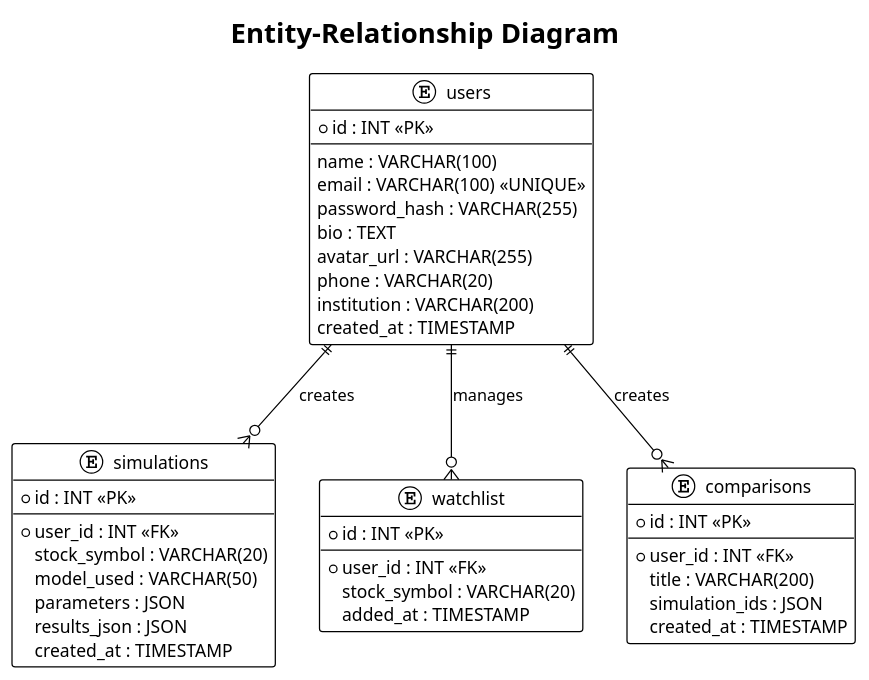
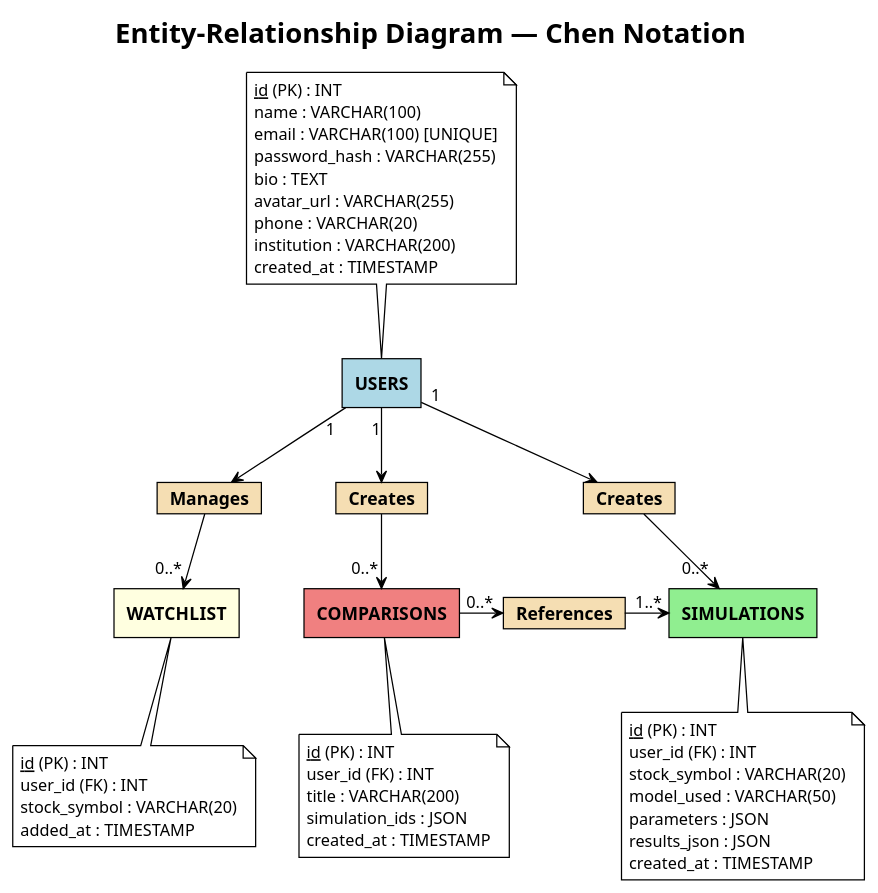
One commit to DSanmukha/QuantPath changed the fourth of 8 diagrams in docs/diagrams.puml. Above: the diagram before and after it, drawn with PlantUML. The commit also changed other lines of this file, not shown here.

Commit message:
docs: improved ER diagram (Chen notation) and Gantt chart (color-coded phases, dependencies, milestones)

```diff
--- a/docs/diagrams.puml
+++ b/docs/diagrams.puml
@@ -175,50 +175,77 @@
 @startuml ER_Diagram
 !theme plain
-title Entity-Relationship Diagram
+title Entity-Relationship Diagram — Chen Notation
 
-entity "users" as users {
-  * id : INT <<PK>>
-  --
+skinparam defaultFontName Verdana
+skinparam BackgroundColor white
+skinparam RoundCorner 0
+
+' ---- ENTITY: USERS (Rectangle) ----
+rectangle "**USERS**" as users #LightBlue {
+}
+note top of users
+  <u>id</u> (PK) : INT
   name : VARCHAR(100)
-  email : VARCHAR(100) <<UNIQUE>>
+  email : VARCHAR(100) [UNIQUE]
   password_hash : VARCHAR(255)
   bio : TEXT
   avatar_url : VARCHAR(255)
   phone : VARCHAR(20)
   institution : VARCHAR(200)
   created_at : TIMESTAMP
+end note
+
+' ---- ENTITY: SIMULATIONS (Rectangle) ----
+rectangle "**SIMULATIONS**" as sims #LightGreen {
 }
-
-entity "simulations" as sims {
-  * id : INT <<PK>>
-  --
-  * user_id : INT <<FK>>
+note bottom of sims
+  <u>id</u> (PK) : INT
+  user_id (FK) : INT
   stock_symbol : VARCHAR(20)
   model_used : VARCHAR(50)
   parameters : JSON
   results_json : JSON
   created_at : TIMESTAMP
+end note
+
+' ---- ENTITY: WATCHLIST (Rectangle) ----
+rectangle "**WATCHLIST**" as watch #LightYellow {
 }
-
-entity "watchlist" as watch {
-  * id : INT <<PK>>
-  --
-  * user_id : INT <<FK>>
+note bottom of watch
+  <u>id</u> (PK) : INT
+  user_id (FK) : INT
   stock_symbol : VARCHAR(20)
   added_at : TIMESTAMP
+end note
+
+' ---- ENTITY: COMPARISONS (Rectangle) ----
+rectangle "**COMPARISONS**" as comp #LightCoral {
 }
-
-entity "comparisons" as comp {
-  * id : INT <<PK>>
-  --
-  * user_id : INT <<FK>>
+note bottom of comp
+  <u>id</u> (PK) : INT
+  user_id (FK) : INT
   title : VARCHAR(200)
   simulation_ids : JSON
   created_at : TIMESTAMP
-}
+end note
 
-users ||--o{ sims : "creates"
-users ||--o{ watch : "manages"
-users ||--o{ comp : "creates"
+' ---- RELATIONSHIPS (Diamonds) ----
+card "<b>Creates</b>" as rel1 #Wheat
+card "<b>Manages</b>" as rel2 #Wheat
+card "<b>Creates</b>" as rel3 #Wheat
+card "<b>References</b>" as rel4 #Wheat
+
+' ---- CONNECTIONS with Cardinality ----
+users "1" -down-> rel1
+rel1 -down-> "0..*" sims
+
+users "1" -down-> rel2
+rel2 -down-> "0..*" watch
+
+users "1" -down-> rel3
+rel3 -down-> "0..*" comp
+
+comp "0..*" -right-> rel4
+rel4 -right-> "1..*" sims
 
 @enduml
```
